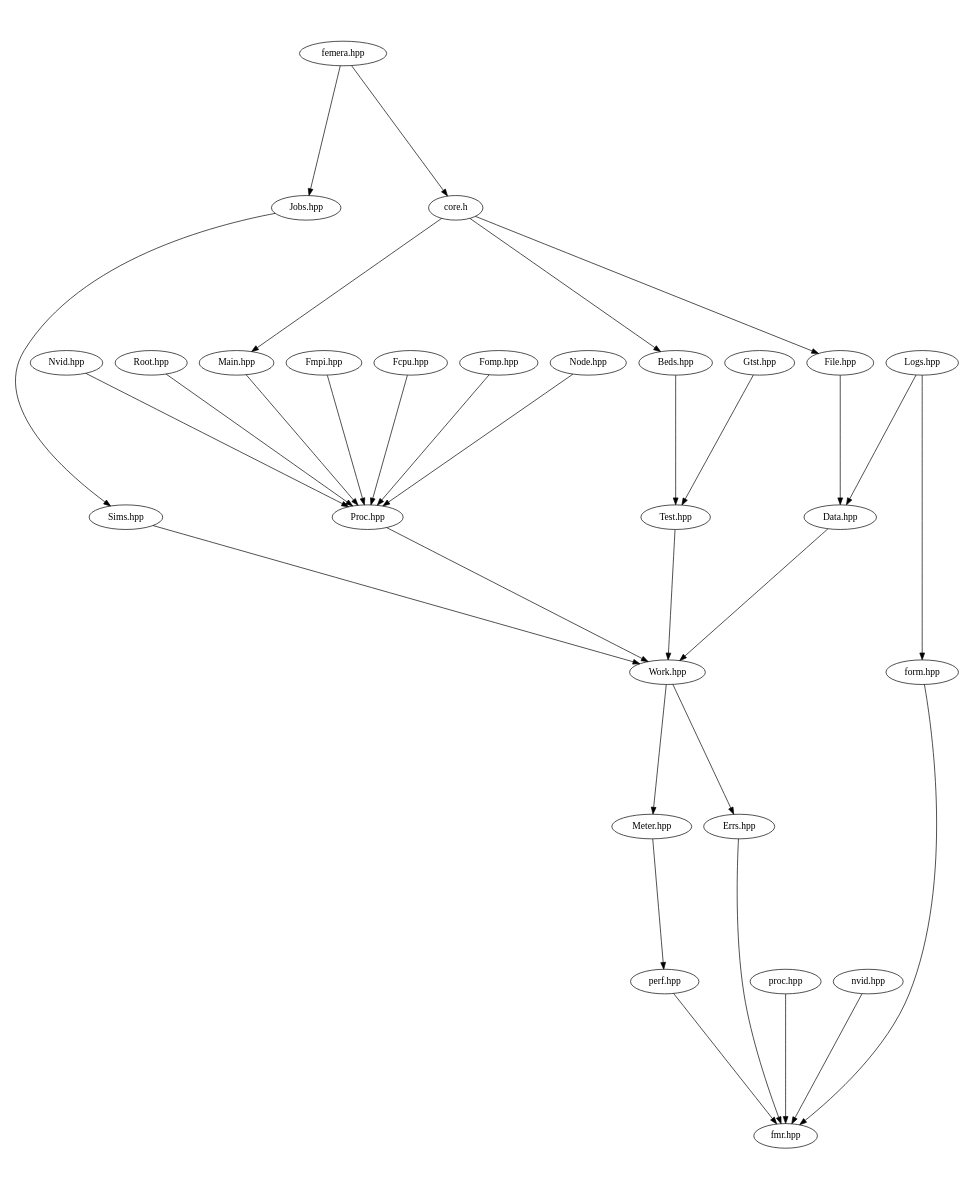
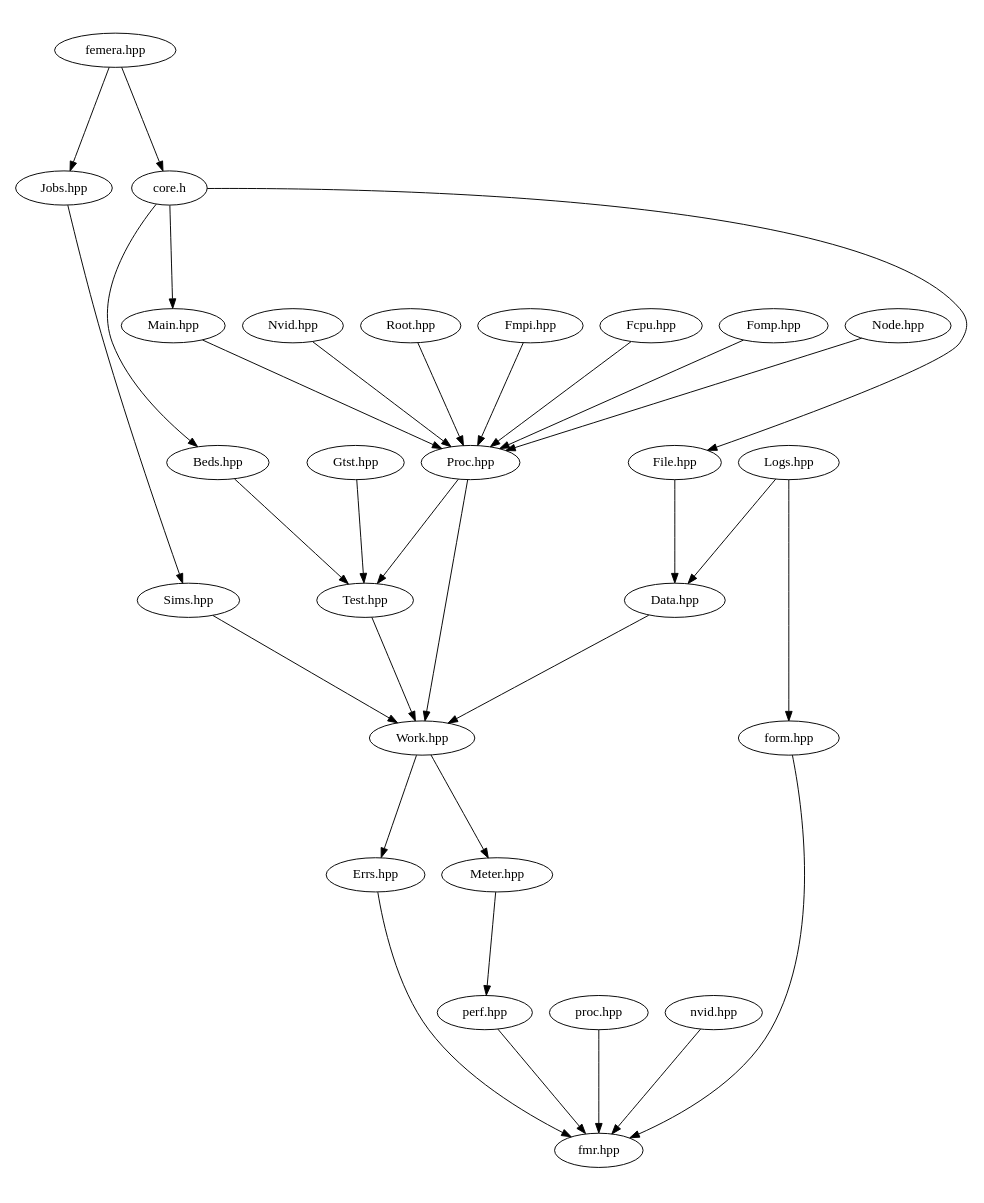
The diagram in src/docs/src-headers.dot (waggyz/femera-mini-app), drawn with Graphviz before and after one commit. The commit also changed 15 other files, not shown here.

```diff
--- a/src/docs/src-headers.dot
+++ b/src/docs/src-headers.dot
@@ -1,38 +1,39 @@
 digraph "source tree" {
     overlap=scale;
     size="8,10";
     ratio="fill";
     fontsize="16";
     fontname="Helvetica";
 	clusterrank="local";
 	"femera.hpp" -> "Jobs.hpp"
 	"Meter.hpp" -> "perf.hpp"
 	"Sims.hpp" -> "Work.hpp"
 	"Work.hpp" -> "Errs.hpp"
 	"proc.hpp" -> "fmr.hpp"
 	"Nvid.hpp" -> "Proc.hpp"
 	"Root.hpp" -> "Proc.hpp"
 	"core.h" -> "Main.hpp"
 	"nvid.hpp" -> "fmr.hpp"
 	"perf.hpp" -> "fmr.hpp"
+	"Proc.hpp" -> "Test.hpp"
 	"Fmpi.hpp" -> "Proc.hpp"
 	"Test.hpp" -> "Work.hpp"
 	"Fcpu.hpp" -> "Proc.hpp"
 	"Fomp.hpp" -> "Proc.hpp"
 	"core.h" -> "File.hpp"
 	"Logs.hpp" -> "Data.hpp"
 	"core.h" -> "Beds.hpp"
 	"Errs.hpp" -> "fmr.hpp"
 	"Node.hpp" -> "Proc.hpp"
 	"Jobs.hpp" -> "Sims.hpp"
 	"File.hpp" -> "Data.hpp"
 	"Beds.hpp" -> "Test.hpp"
 	"Proc.hpp" -> "Work.hpp"
 	"form.hpp" -> "fmr.hpp"
 	"Gtst.hpp" -> "Test.hpp"
 	"Data.hpp" -> "Work.hpp"
 	"femera.hpp" -> "core.h"
 	"Work.hpp" -> "Meter.hpp"
 	"Logs.hpp" -> "form.hpp"
 	"Main.hpp" -> "Proc.hpp"
 }
```
